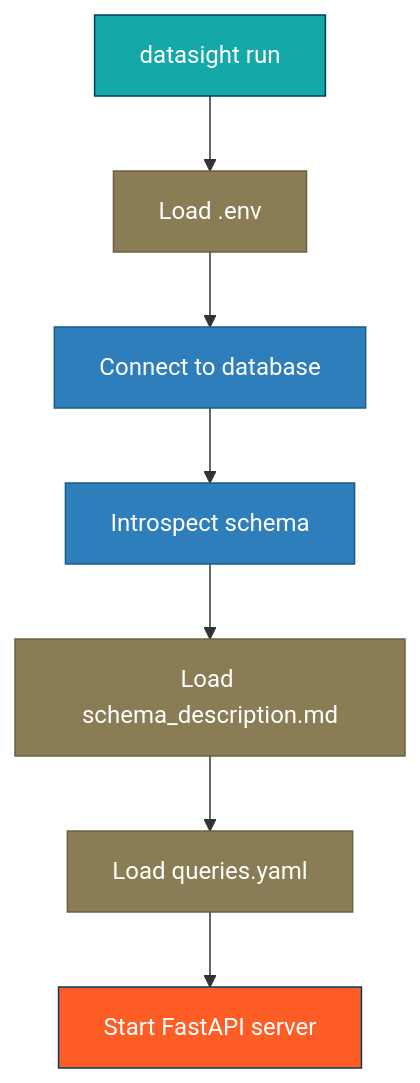
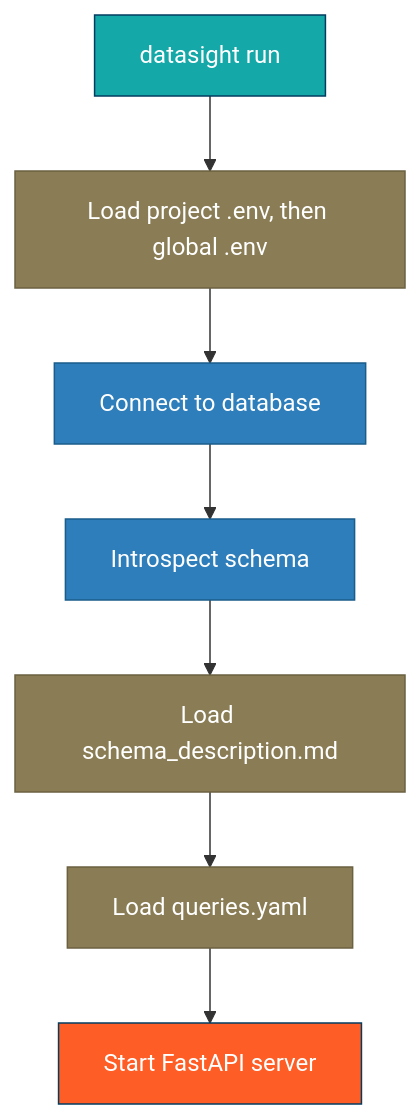
Before and after one commit to dsgrid/datasight: the diagram in docs/project-developer/set-up-project.md, drawn with Mermaid. The commit also changed other lines of this file and 9 other files, not shown here.

````diff
--- a/docs/project-developer/set-up-project.md
+++ b/docs/project-developer/set-up-project.md
@@ -241,17 +260,17 @@
 ```mermaid
 flowchart TB
-    A[datasight run] --> B[Load .env]
+    A[datasight run] --> B[Load project .env, then global .env]
     B --> C[Connect to database]
     C --> D[Introspect schema]
     D --> E[Load schema_description.md]
     E --> F[Load queries.yaml]
     F --> G[Start FastAPI server]
 
     style A fill:#15a8a8,stroke:#023d60,color:#fff
     style B fill:#8a7d55,stroke:#6b6040,color:#fff
     style C fill:#2e7ebb,stroke:#1a5c8a,color:#fff
     style D fill:#2e7ebb,stroke:#1a5c8a,color:#fff
     style E fill:#8a7d55,stroke:#6b6040,color:#fff
     style F fill:#8a7d55,stroke:#6b6040,color:#fff
     style G fill:#fe5d26,stroke:#023d60,color:#fff
 ```
````
